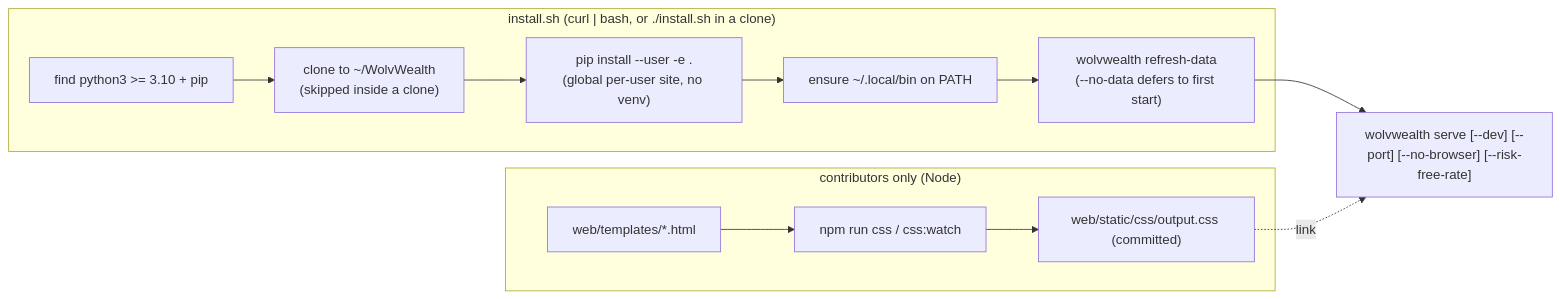
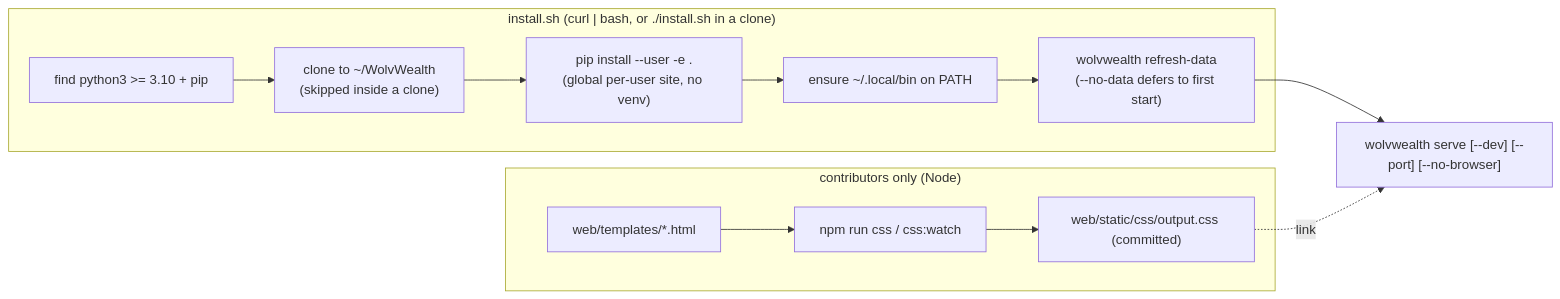
One commit to rramboer/WolvWealth changed the eighth of 9 diagrams in ARCHITECTURE.md. Above: the diagram before and after it, drawn with Mermaid. The commit also changed other lines of this file and 33 other files, not shown here.

````diff
--- a/ARCHITECTURE.md
+++ b/ARCHITECTURE.md
@@ -381,14 +381,14 @@
 ```mermaid
 flowchart LR
     subgraph Install["install.sh (curl | bash, or ./install.sh in a clone)"]
         PY["find python3 >= 3.10 + pip"] --> CL["clone to ~/WolvWealth<br/>(skipped inside a clone)"]
         CL --> PIP["pip install --user -e .<br/>(global per-user site, no venv)"]
         PIP --> PATHFIX["ensure ~/.local/bin on PATH"]
         PATHFIX --> DATA["wolvwealth refresh-data<br/>(--no-data defers to first start)"]
     end
-    DATA --> SERVE["wolvwealth serve [--dev] [--port] [--no-browser] [--risk-free-rate]"]
+    DATA --> SERVE["wolvwealth serve [--dev] [--port] [--no-browser]"]
     subgraph Styling["contributors only (Node)"]
         TPL["web/templates/*.html"] --> TW["npm run css / css:watch"] --> OUT["web/static/css/output.css (committed)"]
     end
     OUT -. "link" .-> SERVE
 ```
````
